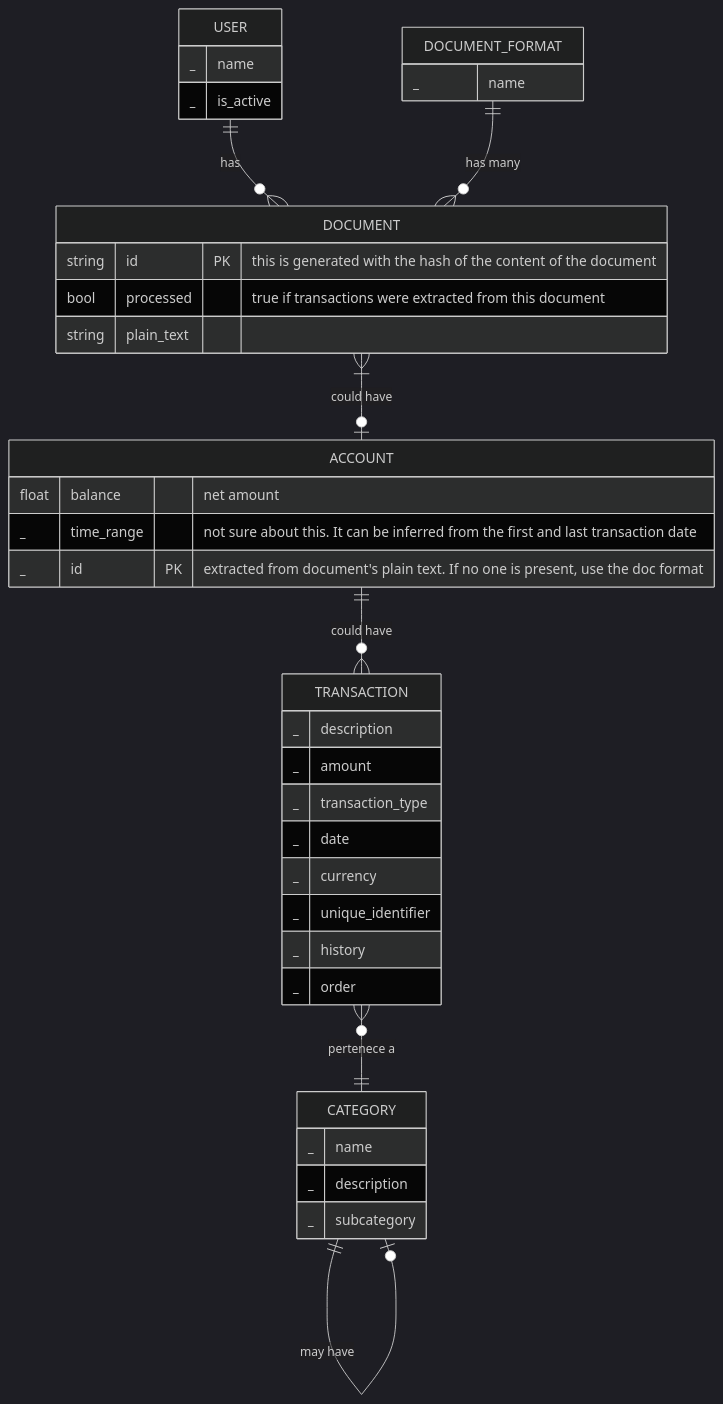
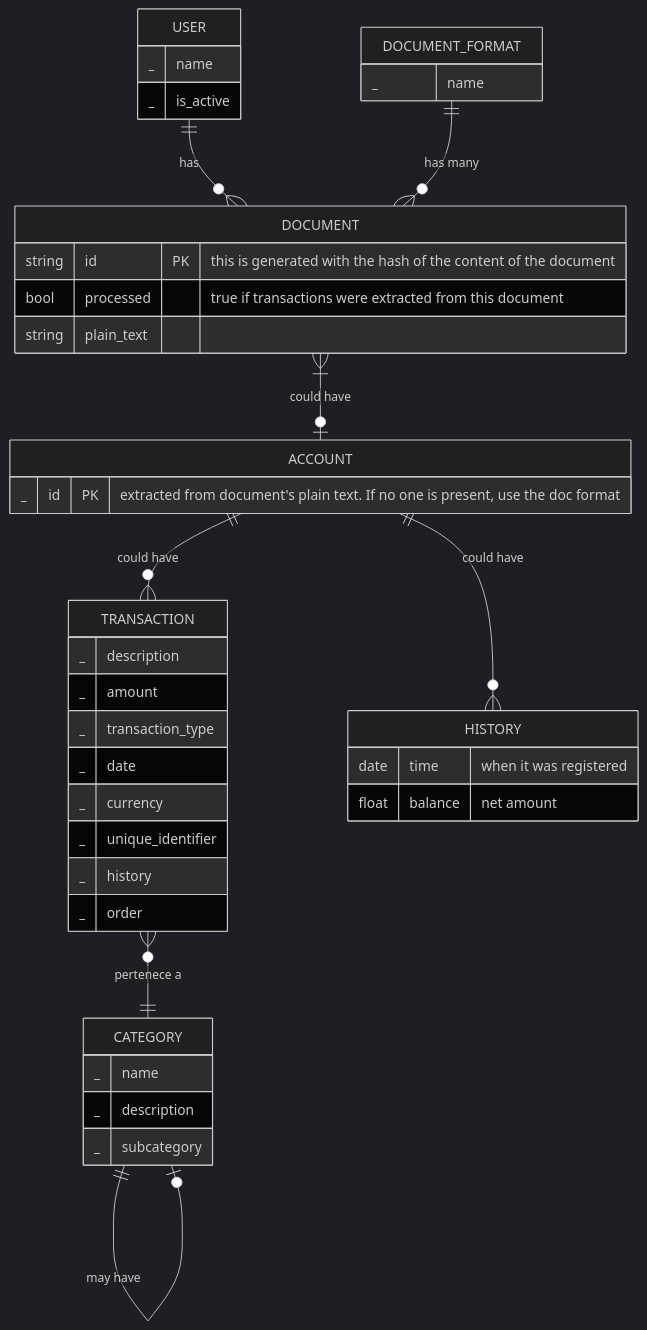
Before and after one commit to josueelias9/improving-BCP-organizate: the diagram in new-service/app/README.md, drawn with Mermaid (dark theme). The commit also changed 9 other files, not shown here.

````diff
--- a/new-service/app/README.md
+++ b/new-service/app/README.md
@@ -22,52 +22,56 @@
 ```mermaid
 erDiagram
 
 
     USER {
         _ name
         _ is_active
     }
 
     TRANSACTION {
         _ description
         _ amount
         _ transaction_type
         _ date
         _ currency
         _ unique_identifier 
         _ history
         _ order
     }
 
+    HISTORY {
+        date time "when it was registered"
+        float balance "net amount"
+    }
+
     CATEGORY {
         _ name
         _ description
         _ subcategory
     }
 
     DOCUMENT_FORMAT {
         _ name
     }
 
 
     ACCOUNT {        
-        float balance "net amount"
-        _ time_range "not sure about this. It can be inferred from the first and last transaction date"
         _ id PK "extracted from document's plain text. If no one is present, use the doc format"
     }
 
     DOCUMENT {
         string id PK "this is generated with the hash of the content of the document"
         bool processed "true if transactions were extracted from this document"
         string plain_text
     }
 
     %% Relaciones
     USER ||--o{ DOCUMENT : "has"
     ACCOUNT ||--o{ TRANSACTION : "could have"
     TRANSACTION }o--|| CATEGORY : "pertenece a"
     CATEGORY ||--o| CATEGORY : "may have"
     DOCUMENT_FORMAT ||--o{ DOCUMENT : "has many"
     DOCUMENT }|--o| ACCOUNT : "could have"
+    ACCOUNT ||--o{ HISTORY : "could have"
     
 ```
````
